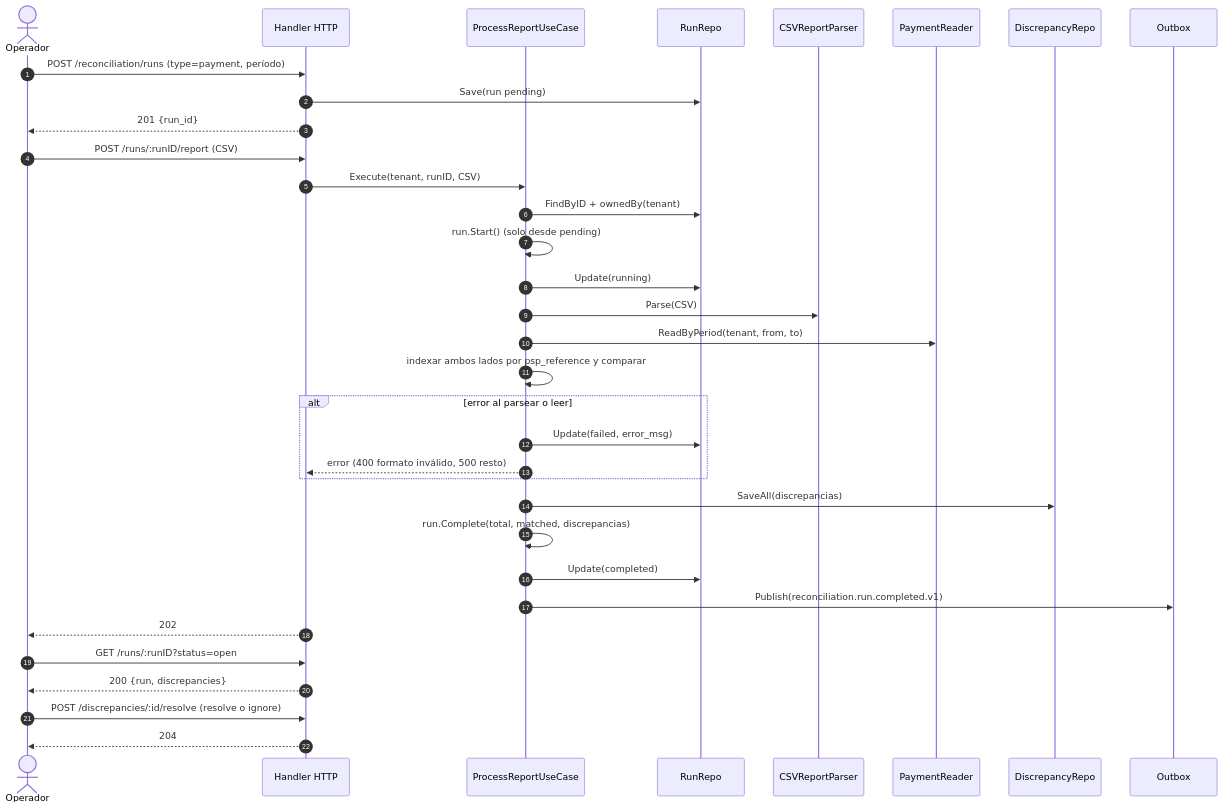
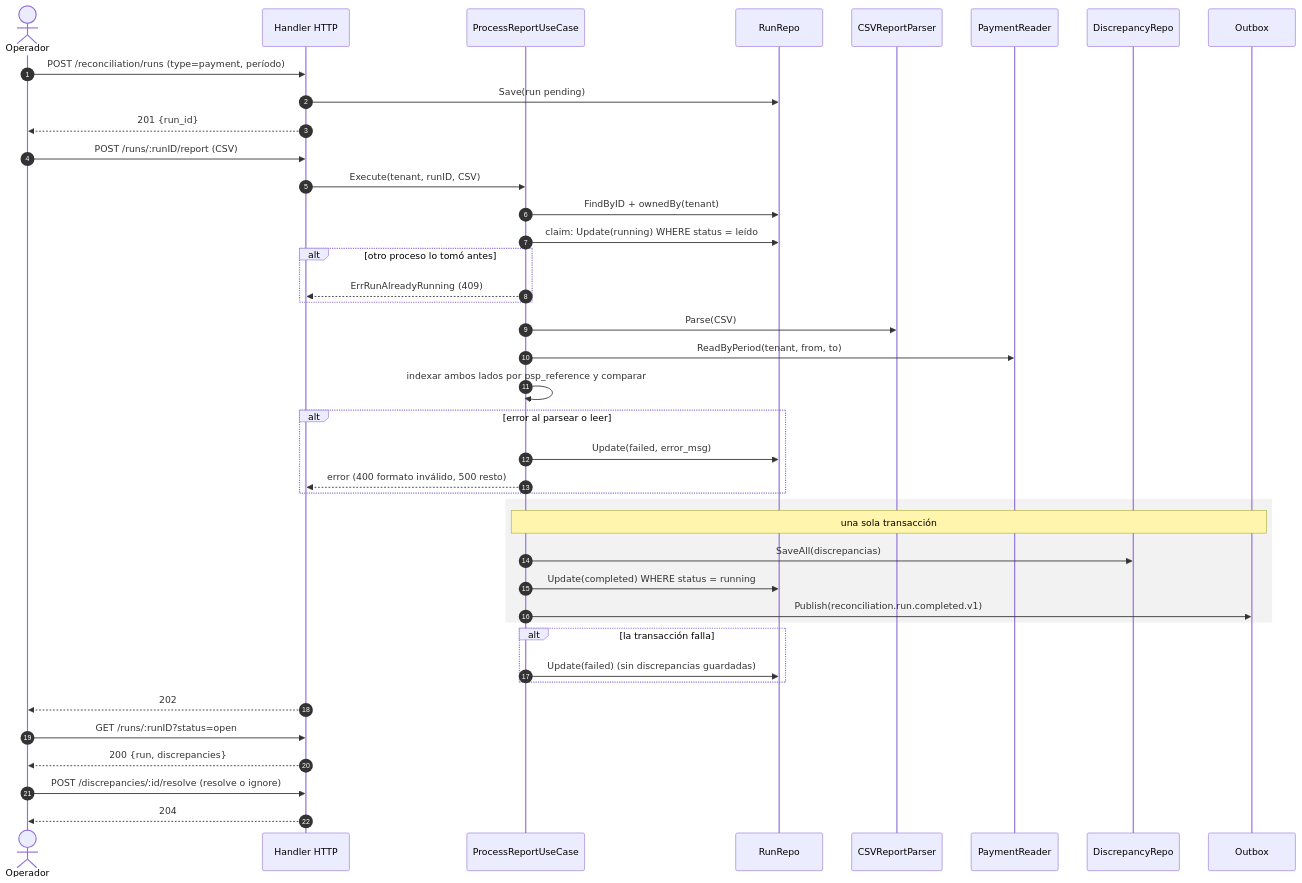
The first of 2 diagrams in docs/technical/RECONCILIATION.md (juantevez/cobros-platform), drawn with Mermaid before and after one commit. The commit also changed other lines of this file and 2 other files, not shown here.

Commit message:
docs: RECONCILIATION.md, AUDIT.md y README al día con los arreglos de Reconciliation

````diff
--- a/docs/technical/RECONCILIATION.md
+++ b/docs/technical/RECONCILIATION.md
@@ -63,37 +67,44 @@
 ```mermaid
 sequenceDiagram
     autonumber
     actor O as Operador
     participant H as Handler HTTP
     participant UC as ProcessReportUseCase
     participant RR as RunRepo
     participant CSV as CSVReportParser
     participant PR as PaymentReader
     participant DR as DiscrepancyRepo
     participant OB as Outbox
 
     O->>H: POST /reconciliation/runs (type=payment, período)
     H->>RR: Save(run pending)
     H-->>O: 201 {run_id}
     O->>H: POST /runs/:runID/report (CSV)
     H->>UC: Execute(tenant, runID, CSV)
     UC->>RR: FindByID + ownedBy(tenant)
-    UC->>UC: run.Start() (solo desde pending)
-    UC->>RR: Update(running)
+    UC->>RR: claim: Update(running) WHERE status = leído
+    alt otro proceso lo tomó antes
+        UC-->>H: ErrRunAlreadyRunning (409)
+    end
     UC->>CSV: Parse(CSV)
     UC->>PR: ReadByPeriod(tenant, from, to)
     UC->>UC: indexar ambos lados por psp_reference y comparar
     alt error al parsear o leer
         UC->>RR: Update(failed, error_msg)
         UC-->>H: error (400 formato inválido, 500 resto)
     end
-    UC->>DR: SaveAll(discrepancias)
-    UC->>UC: run.Complete(total, matched, discrepancias)
-    UC->>RR: Update(completed)
-    UC->>OB: Publish(reconciliation.run.completed.v1)
+    rect rgba(128, 128, 128, 0.1)
+        Note over UC,OB: una sola transacción
+        UC->>DR: SaveAll(discrepancias)
+        UC->>RR: Update(completed) WHERE status = running
+        UC->>OB: Publish(reconciliation.run.completed.v1)
+    end
+    alt la transacción falla
+        UC->>RR: Update(failed) (sin discrepancias guardadas)
+    end
     H-->>O: 202
     O->>H: GET /runs/:runID?status=open
     H-->>O: 200 {run, discrepancies}
     O->>H: POST /discrepancies/:id/resolve (resolve o ignore)
     H-->>O: 204
 ```
````
